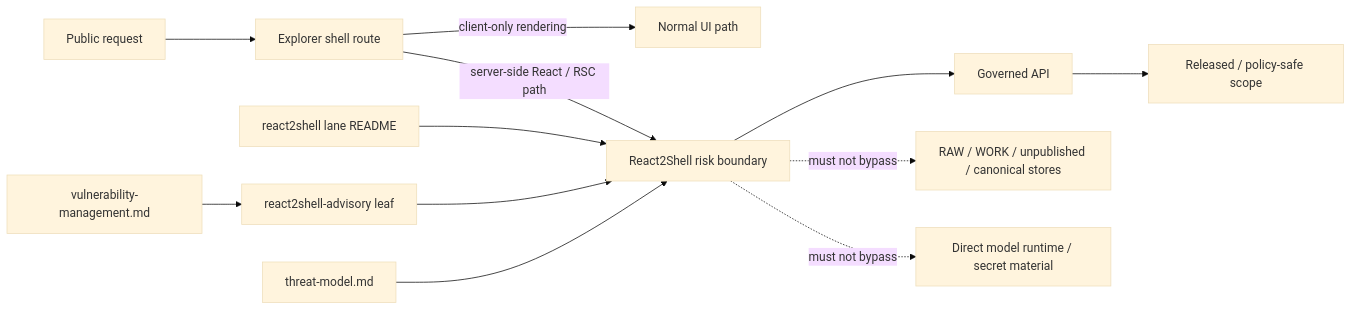
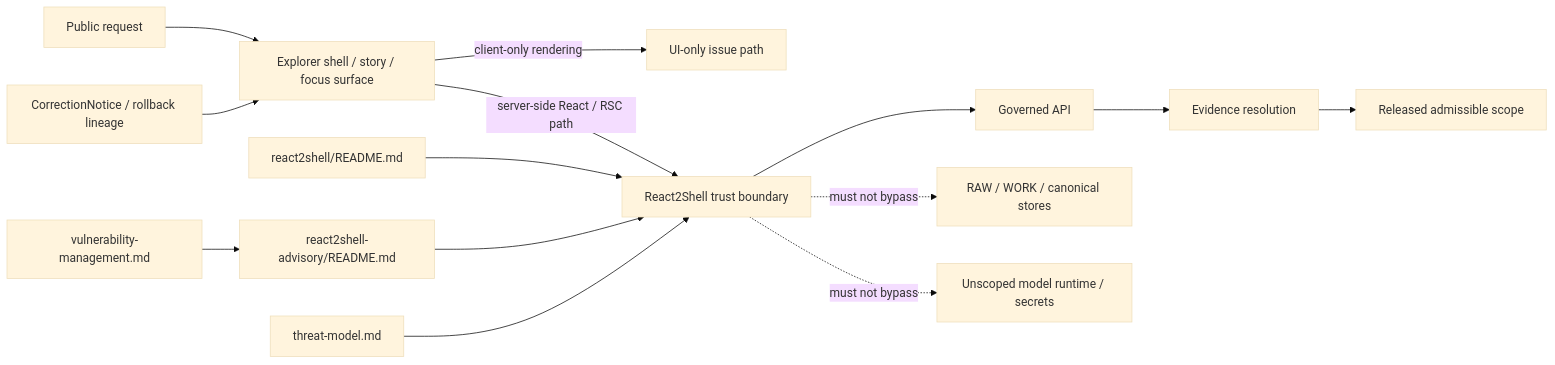
The diagram in docs/security/react2shell/README.md (bartytime4life/Kansas-Frontier-Matrix), drawn with Mermaid (base theme) before and after one commit. The commit also changed other lines of this file, not shown here.

````diff
--- a/docs/security/react2shell/README.md
+++ b/docs/security/react2shell/README.md
@@ -283,17 +280,20 @@
 ```mermaid
 flowchart LR
-    User[Public request] --> Shell[Explorer shell route]
-    Shell -->|client-only rendering| Safe[Normal UI path]
-    Shell -->|server-side React / RSC path| Boundary[React2Shell risk boundary]
+    User[Public request] --> Shell[Explorer shell / story / focus surface]
+
+    Shell -->|client-only rendering| UIOnly[UI-only issue path]
+    Shell -->|server-side React / RSC path| Boundary[React2Shell trust boundary]
 
     Boundary --> API[Governed API]
-    API --> Published[Released / policy-safe scope]
+    API --> Resolver[Evidence resolution]
+    Resolver --> Published[Released admissible scope]
 
-    Boundary -. must not bypass .-> Canonical[RAW / WORK / unpublished / canonical stores]
-    Boundary -. must not bypass .-> Runtime[Direct model runtime / secret material]
+    Boundary -. must not bypass .-> Canonical[RAW / WORK / canonical stores]
+    Boundary -. must not bypass .-> Runtime[Unscoped model runtime / secrets]
 
-    Lane[react2shell lane README] --> Boundary
-    Advisory[react2shell-advisory leaf] --> Boundary
+    Lane[react2shell/README.md] --> Boundary
+    Advisory[react2shell-advisory/README.md] --> Boundary
     Threat[threat-model.md] --> Boundary
     Lifecycle[vulnerability-management.md] --> Advisory
+    Correction[CorrectionNotice / rollback lineage] --> Shell
 ```
````
